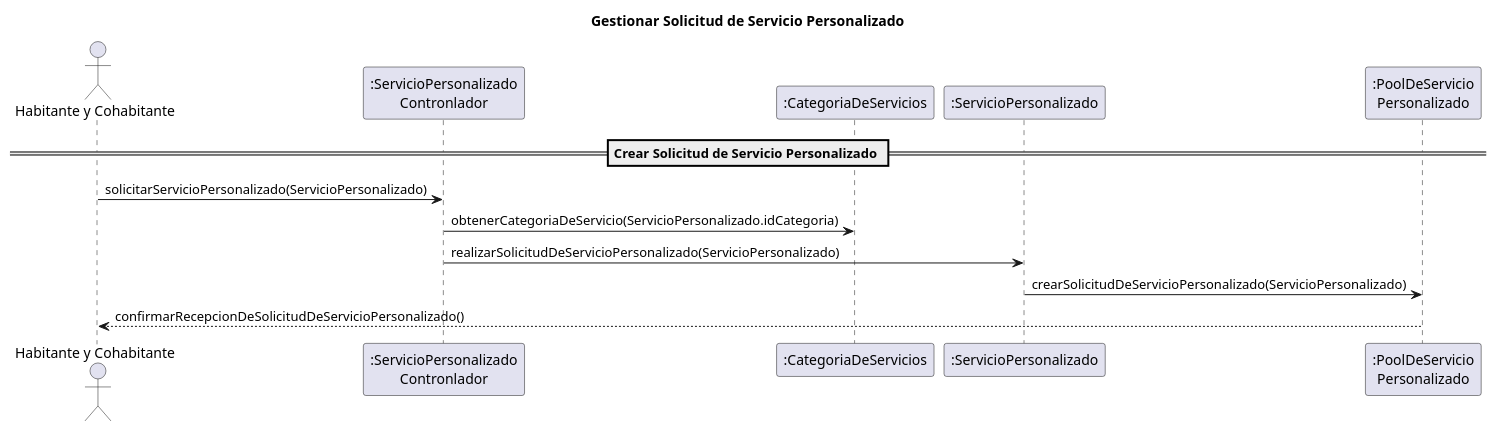
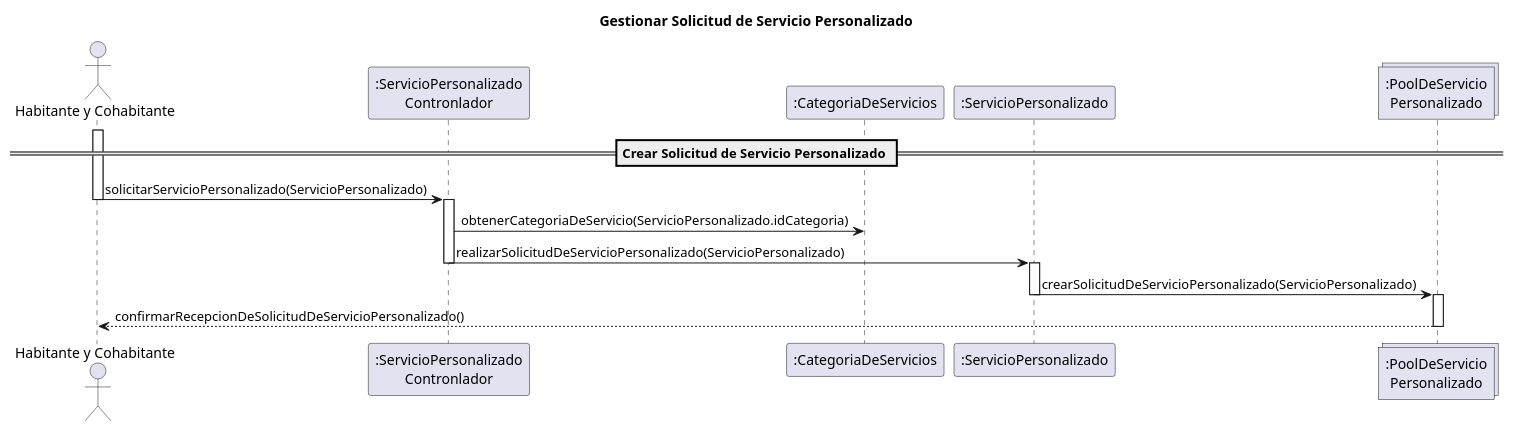
Before and after one commit to UPSA-Projects/docs-condominio: the diagram in docs/src/usecases/CU16/SD16.wsd, drawn with PlantUML. The commit also changed 7 other files, not shown here.

```diff
--- a/docs/src/usecases/CU16/SD16.wsd
+++ b/docs/src/usecases/CU16/SD16.wsd
@@ -1,75 +1,82 @@
 @startuml
 
 title Gestionar Solicitud de Servicio Personalizado
 
 actor "Habitante y Cohabitante" as Habitante
 
 participant ":ServicioPersonalizado\nContronlador" as Controlador
 participant ":CategoriaDeServicios" as Categoria
 participant ":ServicioPersonalizado" as Servicio
-participant ":PoolDeServicio\nPersonalizado" as Pool
+collections ":PoolDeServicio\nPersonalizado" as Pool
 
 ' alt Flujos Basicos
 ' CREAR
     == Crear Solicitud de Servicio Personalizado ==
+    activate Habitante
     Habitante -> Controlador : solicitarServicioPersonalizado(ServicioPersonalizado)
+    deactivate Habitante
+    activate Controlador
     Controlador -> Categoria : obtenerCategoriaDeServicio(ServicioPersonalizado.idCategoria)
     Controlador -> Servicio : realizarSolicitudDeServicioPersonalizado(ServicioPersonalizado)
+    deactivate Controlador
+    activate Servicio
     Servicio -> Pool : crearSolicitudDeServicioPersonalizado(ServicioPersonalizado)
+    deactivate Servicio
+    activate Pool
     Pool --> Habitante : confirmarRecepcionDeSolicitudDeServicioPersonalizado()
-
+    deactivate Pool
     ' ' QUERY
     ' == Consultar Solicitud de Servicio Personalizado ==
     ' Habitante -> Servicio : consultarSolicitudesDeServicioPersonalizado()
     ' activate Servicio
     ' Servicio -> Pool : consultarSolicitudesDeServicioPersonalizado()
     ' deactivate Servicio
     ' Pool --> Habitante : mostrarSolicitudesDeServicioPersonalizado()
     ' deactivate Pool
 
     ' Habitante -> Servicio : consultarSolicitudDeServicioPersonalizado()
     ' activate Servicio
     ' Servicio -> Pool : consultarSolicitudDeServicioPersonalizado()
     ' deactivate Servicio
     ' Pool --> Habitante : mostrarSolicitudDeServicioPersonalizado()
     ' deactivate Pool
 
 
 
     ' ' CAMINOS ALTERNATIVO
     ' == Modificar Solicitud de Servicio Personalizado ==
     ' alt Modificar Servicio Personalizado Solicitado
     '     Habitante -> Categoria : getCategoriaDeServicios()
     '     activate Categoria
     '     Categoria --> Habitante : mostrarCategoriaDeServicios()
     '     deactivate Categoria
     '     activate Habitante
     '     Habitante -> Habitante : SeleccionarCategoriaDeServicio(idCategoria)
     '     deactivate Habitante
     '     Habitante -> Servicio : modificarSolicitudDeServicioPersonalizado()
     '     activate Servicio
     '     Servicio -> Pool : actualizarSolicitudDeServicioPersonalizado()
     '     deactivate Servicio
     '     Pool -> Pool : publicarActualizacionSolicitudDeServicioPersonalizado()
     '     activate Pool
     '     Pool --> Habitante : confirmarRecepcionDeSolicitudDeServicioPersonalizado()
     '     deactivate Pool
     ' end
 
     ' == Eliminar Solicitud de Servicio Personalizado ==
     ' alt Eliminar Servicio Personalizado Solicitado
     '     Habitante -> Servicio : eliminarSolicitudDeServicioPersonalizado()
     '     activate Servicio
     '     Servicio -> Pool : eliminarSolicitudDeServicioPersonalizado()
     '     deactivate Servicio
     '     Pool -> Pool : publicarEliminacionSolicitudDeServicioPersonalizado()
     '     activate Pool
     '     Pool --> Habitante : confirmarRecepcionDeSolicitudDeServicioPersonalizado()
     '     deactivate Pool
     ' end
 ' else Descripcion Incompleta
 '     Servicio -> Habitante : errorDescripcionIncompleta()
 ' end
 
 
 @enduml
```
